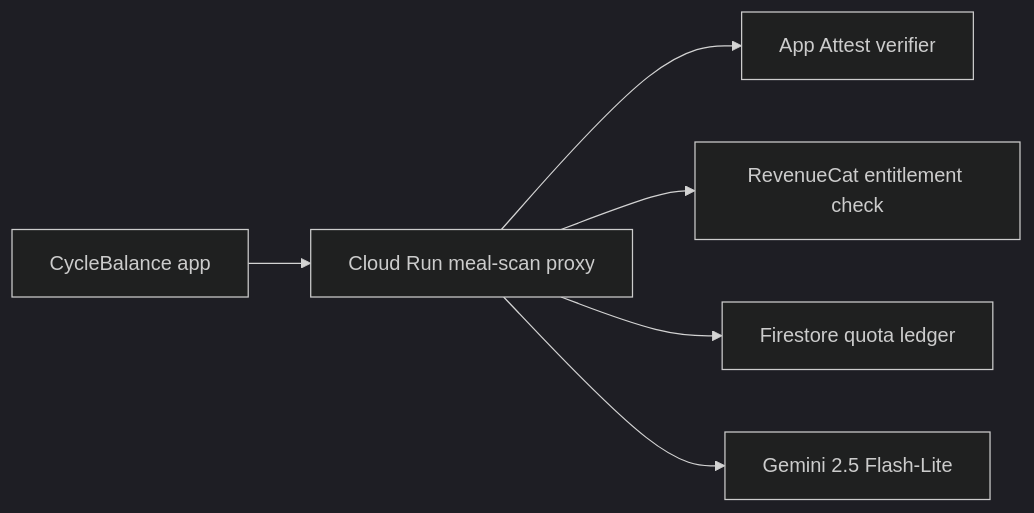
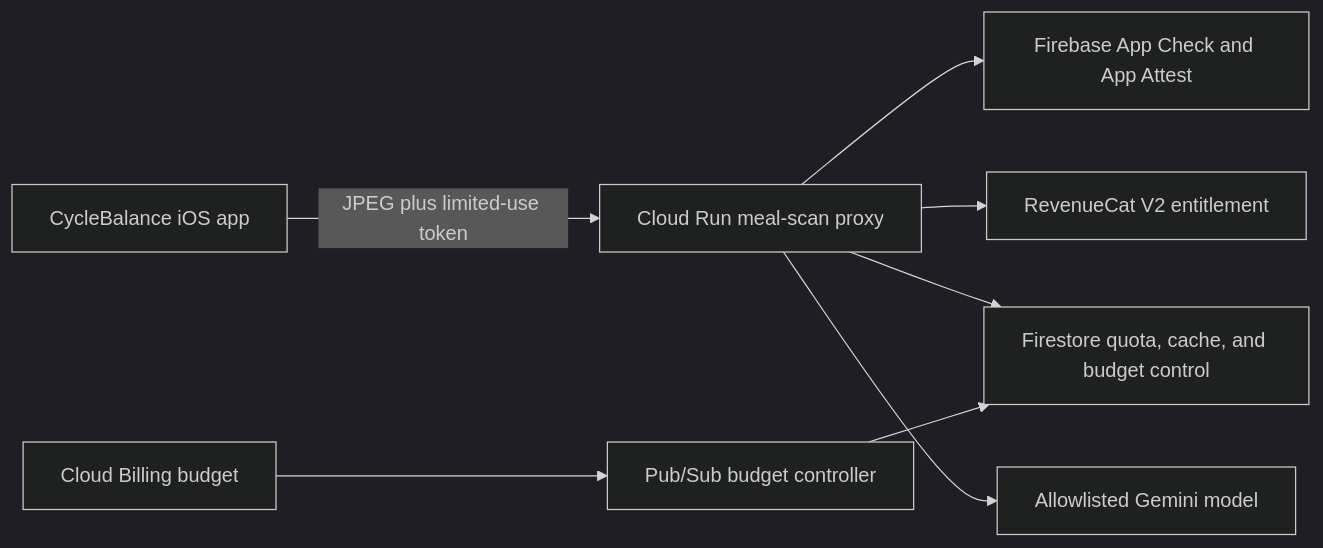
Before and after one commit to AlexHuggler/PCOS_Management: the diagram in docs/meal_scan_flash_lite_production_setup.md, drawn with Mermaid (dark theme). The commit also changed other lines of this file and 55 other files, not shown here.

Commit message:
feat: add secure meal scan production foundation

````diff
--- a/docs/meal_scan_flash_lite_production_setup.md
+++ b/docs/meal_scan_flash_lite_production_setup.md
@@ -9,8 +9,10 @@
 ```mermaid
 flowchart LR
-    A["CycleBalance app"] --> B["Cloud Run meal-scan proxy"]
-    B --> C["App Attest verifier"]
-    B --> D["RevenueCat entitlement check"]
-    B --> E["Firestore quota ledger"]
-    B --> F["Gemini 2.5 Flash-Lite"]
+    A["CycleBalance iOS app"] -->|"JPEG plus limited-use token"| B["Cloud Run meal-scan proxy"]
+    B --> C["Firebase App Check and App Attest"]
+    B --> D["RevenueCat V2 entitlement"]
+    B --> E["Firestore quota, cache, and budget control"]
+    B --> F["Allowlisted Gemini model"]
+    G["Cloud Billing budget"] --> H["Pub/Sub budget controller"]
+    H --> E
 ```
````
